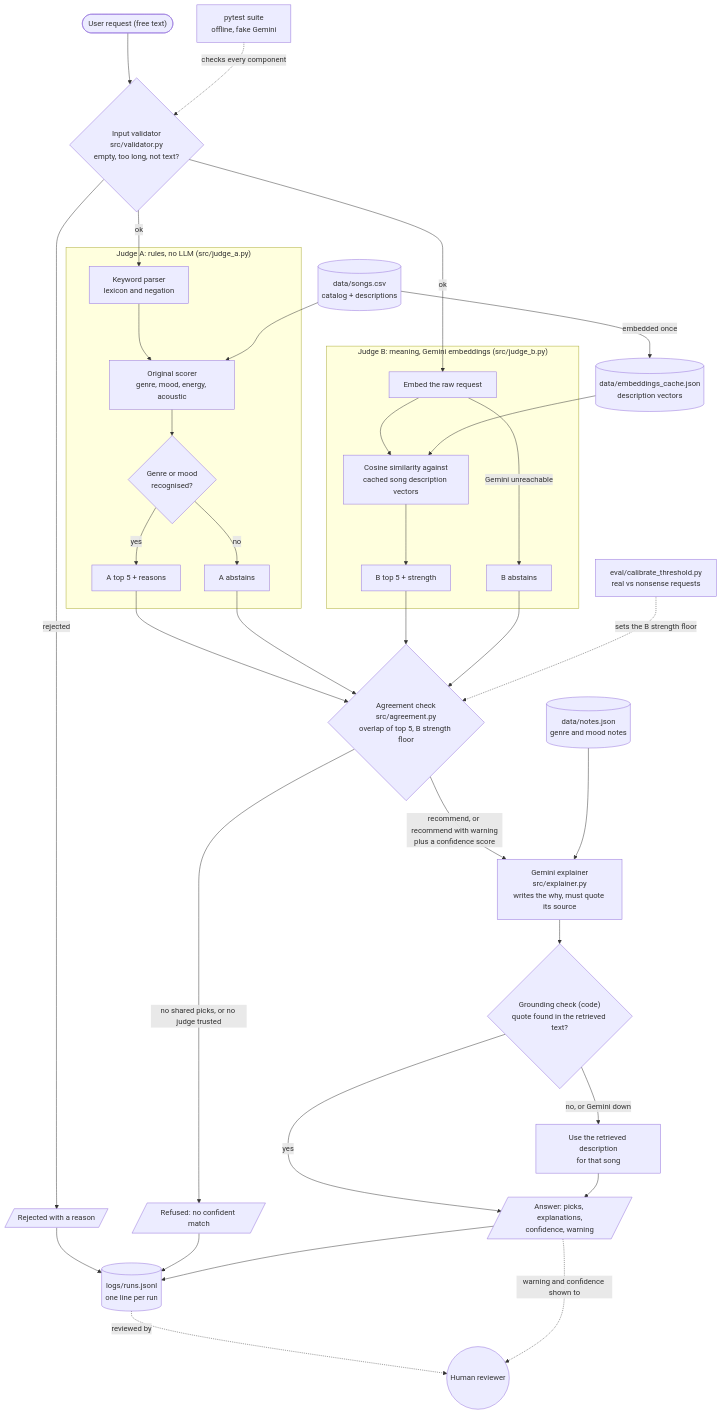
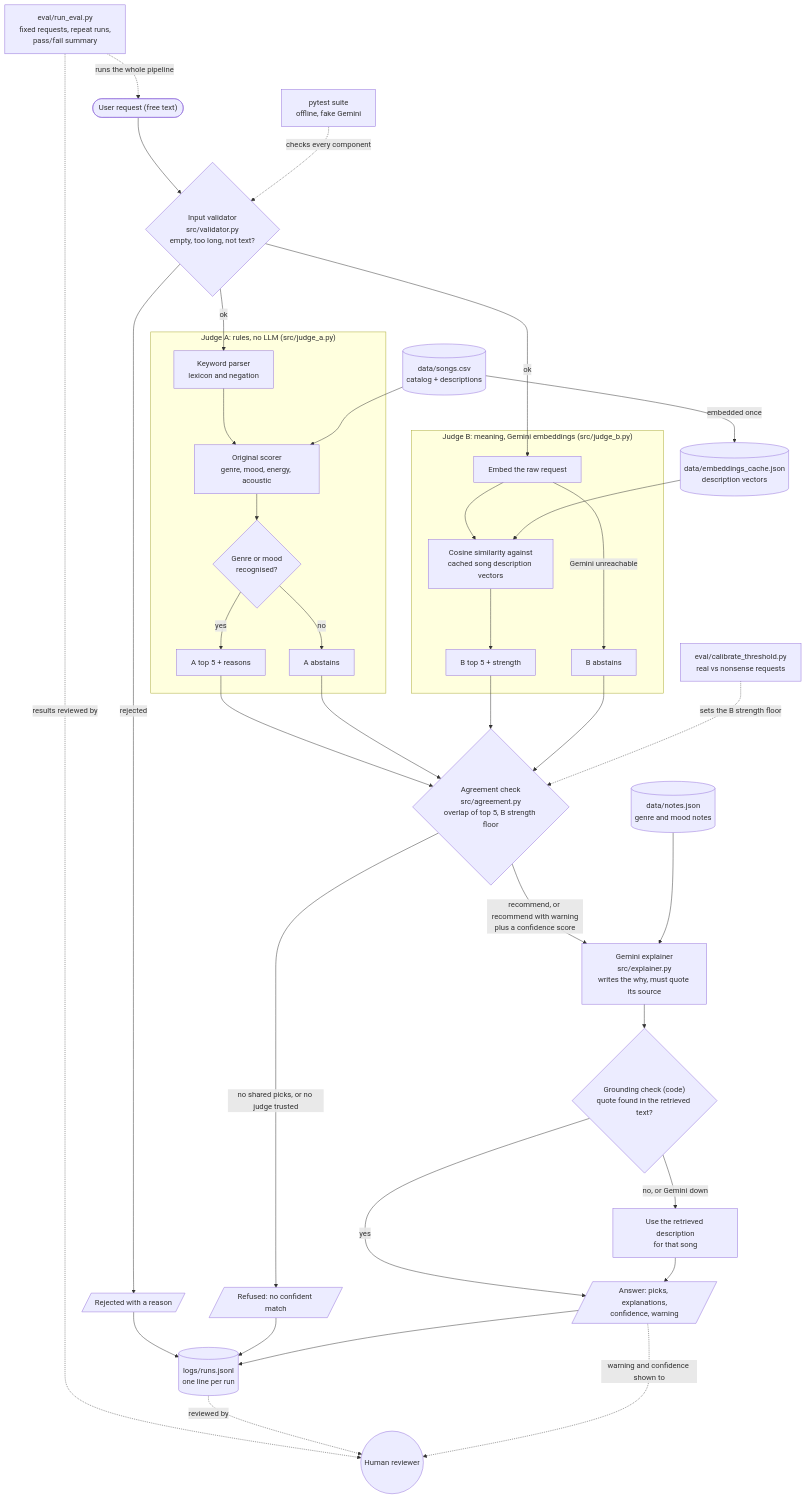
One commit to AnishBashyal/applied-ai-system-final changed the diagram in diagrams/architecture.mmd. Above: the diagram before and after it, drawn with Mermaid.

Commit message:
Add the evaluation script to the architecture diagram

```diff
--- a/diagrams/architecture.mmd
+++ b/diagrams/architecture.mmd
@@ -1,45 +1,47 @@
 flowchart TD
     U(["User request (free text)"]) --> V{"Input validator<br/>src/validator.py<br/>empty, too long, not text?"}
     V -- rejected --> REJ[/"Rejected with a reason"/]
     V -- ok --> KP
     V -- ok --> EMB
 
     subgraph JA ["Judge A: rules, no LLM (src/judge_a.py)"]
         KP["Keyword parser<br/>lexicon and negation"] --> SC["Original scorer<br/>genre, mood, energy, acoustic"]
         SC --> AQ{"Genre or mood<br/>recognised?"}
         AQ -- no --> AABS["A abstains"]
         AQ -- yes --> ARANK["A top 5 + reasons"]
     end
 
     subgraph JB ["Judge B: meaning, Gemini embeddings (src/judge_b.py)"]
         EMB["Embed the raw request"] --> SIM["Cosine similarity against<br/>cached song description vectors"]
         EMB -- "Gemini unreachable" --> BABS["B abstains"]
         SIM --> BRANK["B top 5 + strength"]
     end
 
     CSV[("data/songs.csv<br/>catalog + descriptions")] --> SC
     CSV -- "embedded once" --> IDX[("data/embeddings_cache.json<br/>description vectors")]
     IDX --> SIM
 
     ARANK --> AG
     AABS --> AG
     BRANK --> AG
     BABS --> AG
     AG{"Agreement check<br/>src/agreement.py<br/>overlap of top 5, B strength floor"}
     AG -- "no shared picks, or no judge trusted" --> REF[/"Refused: no confident match"/]
     AG -- "recommend, or recommend with warning<br/>plus a confidence score" --> EXP
 
     NOTES[("data/notes.json<br/>genre and mood notes")] --> EXP
     EXP["Gemini explainer<br/>src/explainer.py<br/>writes the why, must quote its source"] --> GC{"Grounding check (code)<br/>quote found in the retrieved text?"}
     GC -- yes --> ANS
     GC -- "no, or Gemini down" --> FB["Use the retrieved description<br/>for that song"] --> ANS
     ANS[/"Answer: picks, explanations,<br/>confidence, warning"/]
 
     REJ --> LOG[("logs/runs.jsonl<br/>one line per run")]
     REF --> LOG
     ANS --> LOG
 
     CAL["eval/calibrate_threshold.py<br/>real vs nonsense requests"] -. "sets the B strength floor" .-> AG
     TESTS["pytest suite<br/>offline, fake Gemini"] -. "checks every component" .-> V
+    EVAL["eval/run_eval.py<br/>fixed requests, repeat runs,<br/>pass/fail summary"] -. "runs the whole pipeline" .-> U
+    EVAL -. "results reviewed by" .-> H
     LOG -. "reviewed by" .-> H((Human reviewer))
     ANS -. "warning and confidence shown to" .-> H
```
